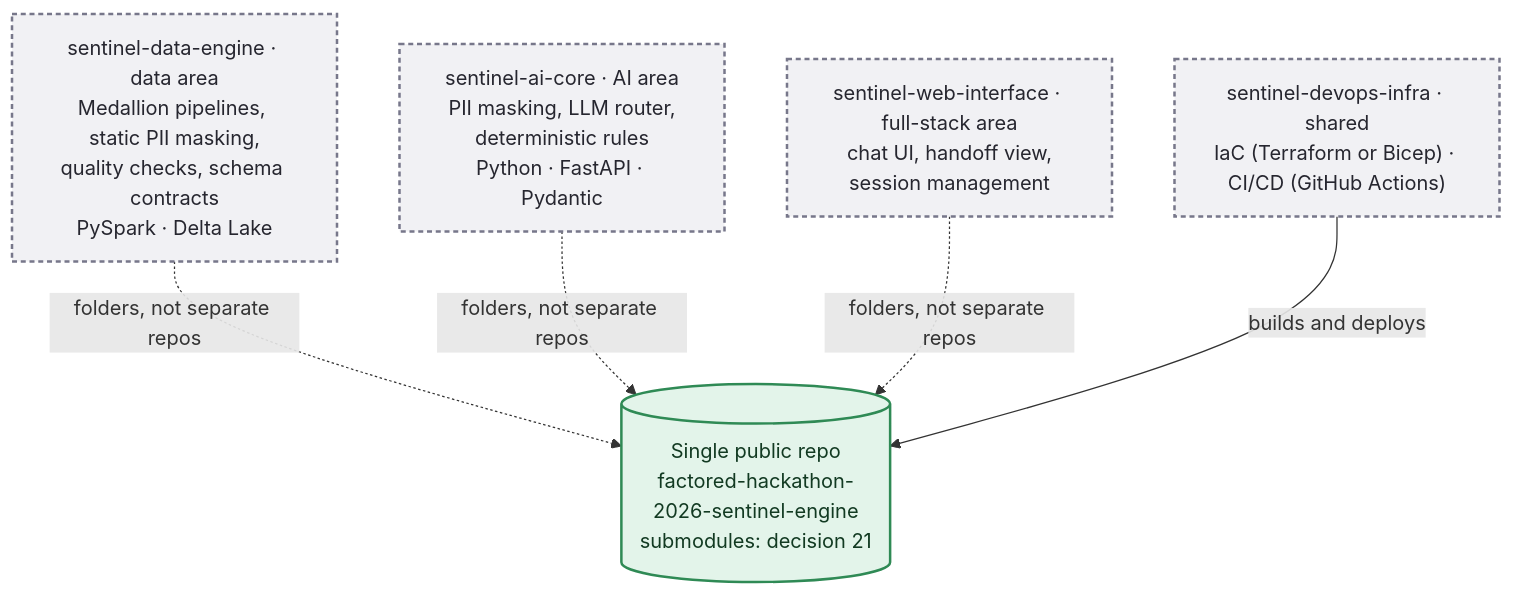
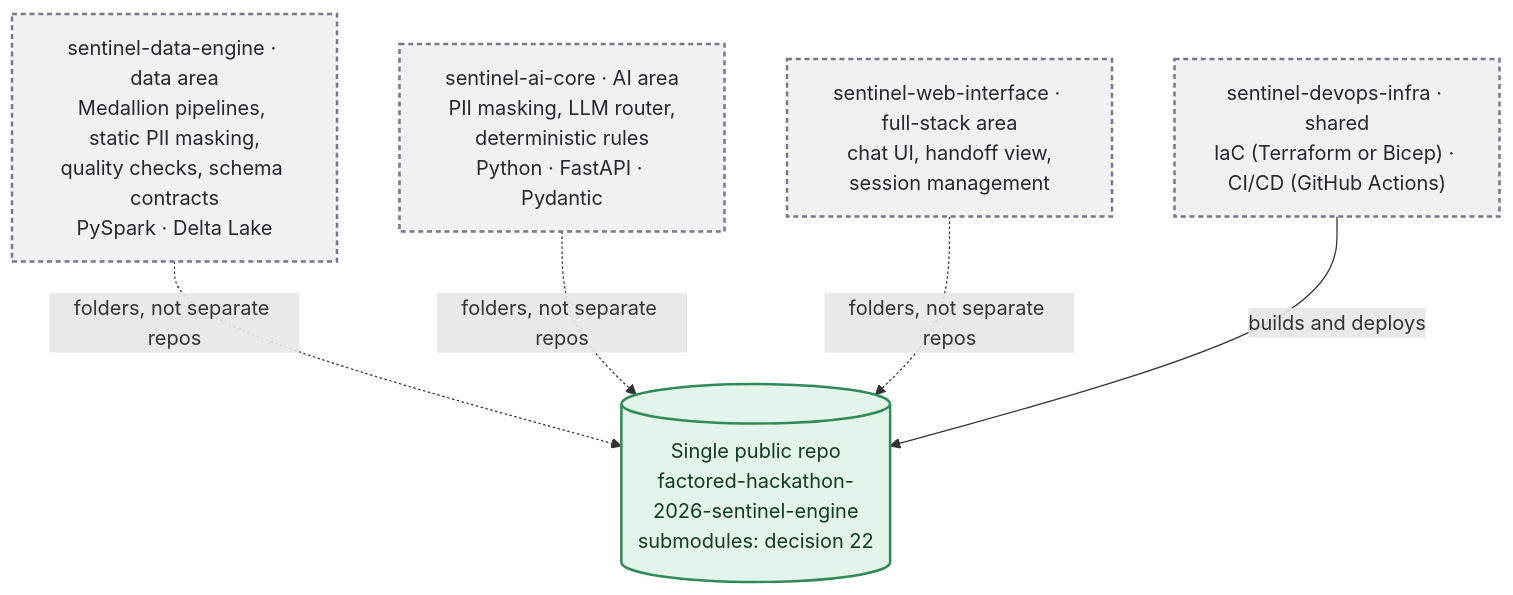
One commit to rdorta27/factored-hackathon-2026-sentinel-engine changed the fourth of 5 diagrams in docs/build/architecture-roadmap.md. Above: the diagram before and after it, drawn with Mermaid. The commit also changed other lines of this file and 9 other files, not shown here.

````diff
--- a/docs/build/architecture-roadmap.md
+++ b/docs/build/architecture-roadmap.md
@@ -100,18 +100,18 @@
 ```mermaid
 flowchart TD
     d["sentinel-data-engine · data area<br/>Medallion pipelines, static PII masking,<br/>quality checks, schema contracts<br/>PySpark · Delta Lake"]
     a["sentinel-ai-core · AI area<br/>PII masking, LLM router,<br/>deterministic rules<br/>Python · FastAPI · Pydantic"]
     w["sentinel-web-interface · full-stack area<br/>chat UI, handoff view,<br/>session management"]
     infra["sentinel-devops-infra · shared<br/>IaC (Terraform or Bicep) · CI/CD (GitHub Actions)"]
-    delivery[("Single public repo<br/>factored-hackathon-2026-sentinel-engine<br/>submodules: decision 21")]
+    delivery[("Single public repo<br/>factored-hackathon-2026-sentinel-engine<br/>submodules: decision 22")]
     d & a & w -. "folders, not separate repos" .-> delivery
     infra -- "builds and deploys" --> delivery
 
     classDef real fill:#dde3ff,stroke:#5b4fd6,stroke-width:2px,color:#1b1640
     classDef mock fill:#ffe9c7,stroke:#c77d12,stroke-width:2px,stroke-dasharray:6 4,color:#3a2a00
     classDef store fill:#e3f4ea,stroke:#2f8a55,stroke-width:2px,color:#123a22
     classDef proposed fill:#f1f1f4,stroke:#77778a,stroke-width:2px,stroke-dasharray:4 3,color:#26262f
     classDef ext fill:#ffffff,stroke:#77778a,stroke-width:1px,color:#26262f
     class d,a,w,infra proposed
     class delivery store
 ```
````
